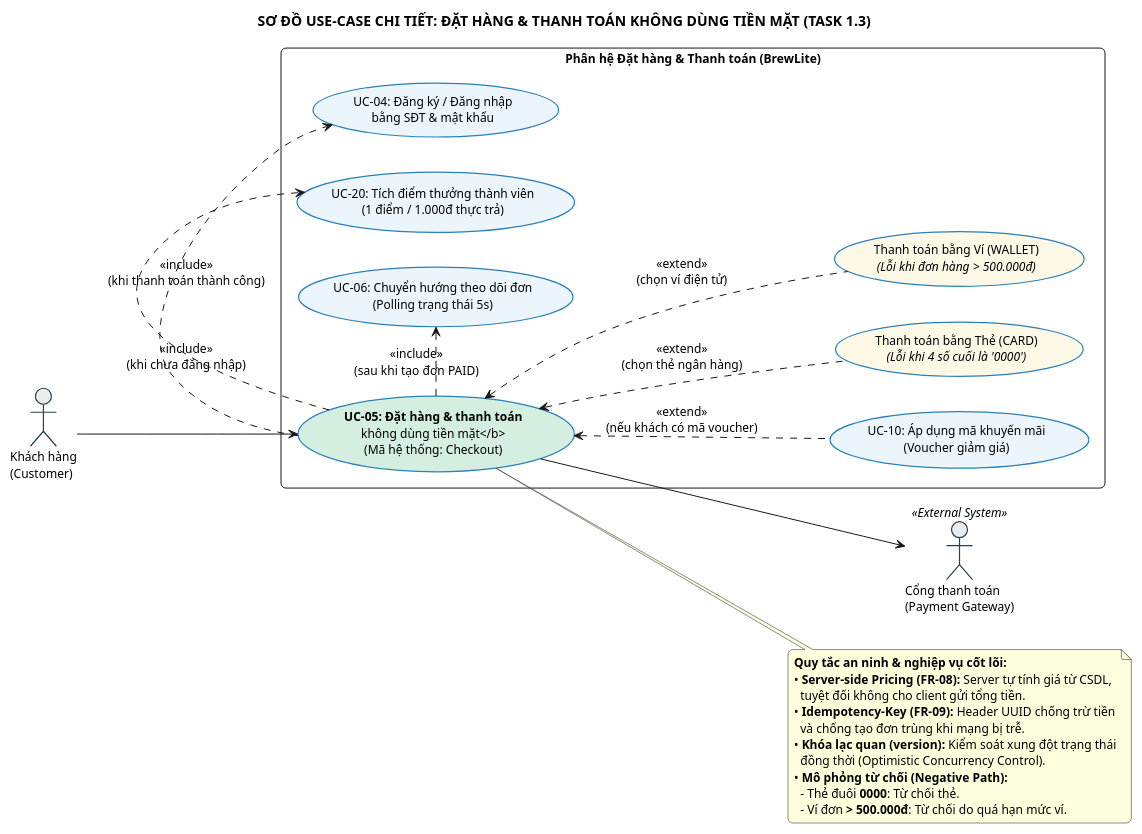
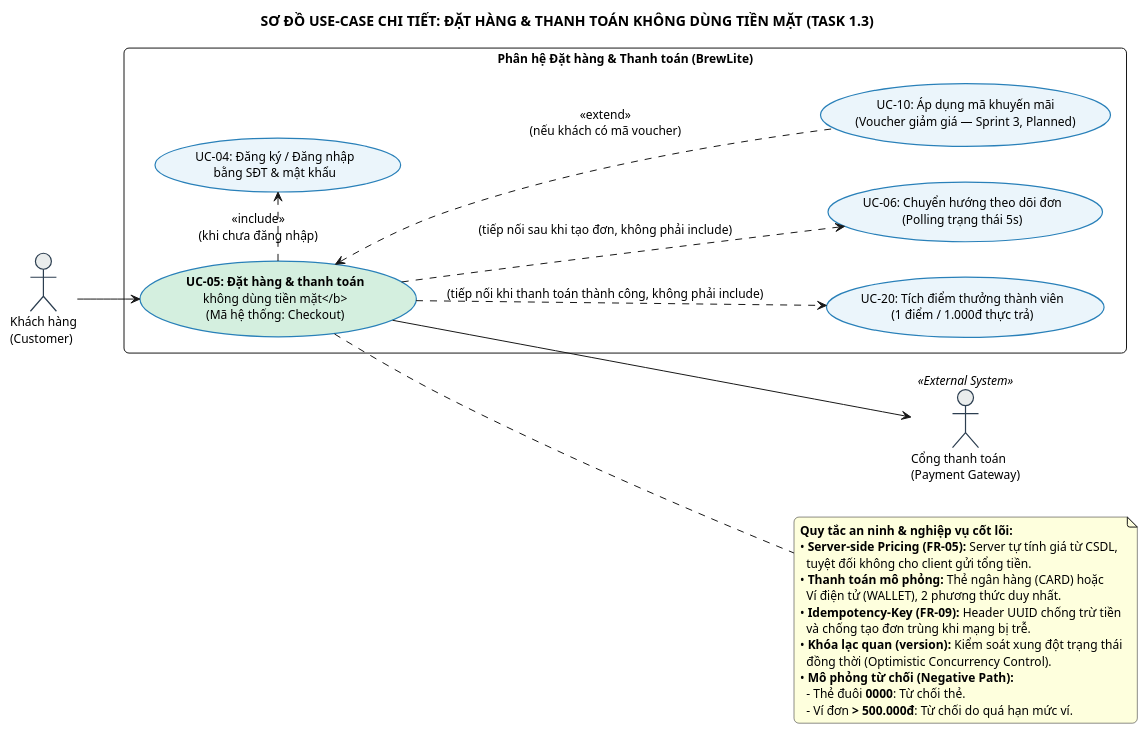
One commit to Longcodepro/Project_SE_Assignment02_HK1_2026_2027 changed the diagram in docs/diagrams/usecase-checkout.puml. Above: the diagram before and after it, drawn with PlantUML. The commit also changed 1 other file, not shown here.

Commit message:
fix(task-1.3): sửa usecase-checkout.puml khớp canonical 21 UC
FR-08 bị gán nhầm cho Server-side Pricing, đúng ra là FR-05 (FR-08
thật là máy trạng thái đơn/khóa lạc quan). Bỏ 2 use-case bịa đặt
PayCard/PayWallet không có trong danh mục 21 UC chuẩn (nội dung đã
có sẵn trong ghi chú nghiệp vụ). Bỏ 2 quan hệ <<include>> sai
(UC05->UC20, UC05->UC06): canonical chỉ định nghĩa UC-05 include
UC-04 và extend UC-10, quan hệ với UC-06/UC-20 chỉ là tiếp nối luồng
chứ không phải include. Đánh dấu UC-10 là Sprint 3 Planned.

```diff
--- a/docs/diagrams/usecase-checkout.puml
+++ b/docs/diagrams/usecase-checkout.puml
@@ -1,80 +1,76 @@
 @startuml
 ' ==============================================================================
 ' Diagram: Sơ đồ Use Case phạm vi trọng tâm — Đặt hàng & Thanh toán (Task 1.3)
 ' Code: UseCase-Checkout | Phục vụ Issue #38 (D1.3)
 ' References: UC-05, UC-04, UC-10, UC-06, UC-20 | FR-04..06, FR-08..10
 ' ==============================================================================
 
 title SƠ ĐỒ USE-CASE CHI TIẾT: ĐẶT HÀNG & THANH TOÁN KHÔNG DÙNG TIỀN MẶT (TASK 1.3)
 
 left to right direction
 skinparam shadowing false
 skinparam roundcorner 10
 skinparam defaultFontName Arial
 skinparam defaultFontSize 12
 
 ' --- Tùy chỉnh màu sắc Use Case và Actor ---
 skinparam usecase {
   BackgroundColor #EBF5FB
   BorderColor #2980B9
   BorderThickness 1.2
 }
 
 skinparam actor {
   BackgroundColor #EAEDED
   BorderColor #2C3E50
   BorderThickness 1.2
 }
 
 ' --- 1. ĐỊNH NGHĨA CÁC ACTOR ---
 actor "Khách hàng\n(Customer)" as Customer
 actor "Cổng thanh toán\n(Payment Gateway)" as PaymentGateway <<External System>>
 
 ' --- 2. PHÂN HỆ NGHIỆP VỤ CHECKOUT ---
 rectangle "Phân hệ Đặt hàng & Thanh toán (BrewLite)" {
 
   ' Use-case trung tâm trọng điểm
   usecase "<b>UC-05: Đặt hàng & thanh toán\nkhông dùng tiền mặt</b>\n(Mã hệ thống: Checkout)" as UC05 #D4EFDF
 
   ' Các Use-case bắt buộc đi kèm (Include)
   usecase "UC-04: Đăng ký / Đăng nhập\nbằng SĐT & mật khẩu" as UC04
   usecase "UC-20: Tích điểm thưởng thành viên\n(1 điểm / 1.000đ thực trả)" as UC20
   usecase "UC-06: Chuyển hướng theo dõi đơn\n(Polling trạng thái 5s)" as UC06
 
-  ' Use-case mở rộng tùy chọn (Extend)
-  usecase "UC-10: Áp dụng mã khuyến mãi\n(Voucher giảm giá)" as UC10
-
-  ' Các phương thức thanh toán cụ thể
-  usecase "Thanh toán bằng Thẻ (CARD)\n<i>(Lỗi khi 4 số cuối là '0000')</i>" as PayCard #FEF9E7
-  usecase "Thanh toán bằng Ví (WALLET)\n<i>(Lỗi khi đơn hàng > 500.000đ)</i>" as PayWallet #FEF9E7
+  ' Use-case mở rộng tùy chọn (Extend, Sprint 3 Planned)
+  usecase "UC-10: Áp dụng mã khuyến mãi\n(Voucher giảm giá — Sprint 3, Planned)" as UC10
 }
 
 ' --- 3. MỐI LIÊN KẾT ACTOR VỚI USE-CASE CHÍNH ---
 Customer --> UC05
 UC05 --> PaymentGateway
+UC05 ..> UC06 : (tiếp nối sau khi tạo đơn, không phải include)
+UC05 ..> UC20 : (tiếp nối khi thanh toán thành công, không phải include)
 
 ' --- 4. MỐI QUAN HỆ <<include>> (BẮT BUỘC) ---
 UC05 .> UC04 : <<include>>\n(khi chưa đăng nhập)
-UC05 .> UC20 : <<include>>\n(khi thanh toán thành công)
-UC05 .> UC06 : <<include>>\n(sau khi tạo đơn PAID)
 
 ' --- 5. MỐI QUAN HỆ <<extend>> (TÙY CHỌN MỞ RỘNG) ---
 UC05 <.. UC10 : <<extend>>\n(nếu khách có mã voucher)
-UC05 <.. PayCard : <<extend>>\n(chọn thẻ ngân hàng)
-UC05 <.. PayWallet : <<extend>>\n(chọn ví điện tử)
 
 ' --- 6. GHI CHÚ QUY TẮC AN NINH & NGHIỆP VỤ ---
 note right of UC05
   <b>Quy tắc an ninh & nghiệp vụ cốt lõi:</b>
-  • <b>Server-side Pricing (FR-08):</b> Server tự tính giá từ CSDL,
+  • <b>Server-side Pricing (FR-05):</b> Server tự tính giá từ CSDL,
     tuyệt đối không cho client gửi tổng tiền.
+  • <b>Thanh toán mô phỏng:</b> Thẻ ngân hàng (CARD) hoặc
+    Ví điện tử (WALLET), 2 phương thức duy nhất.
   • <b>Idempotency-Key (FR-09):</b> Header UUID chống trừ tiền
     và chống tạo đơn trùng khi mạng bị trễ.
   • <b>Khóa lạc quan (version):</b> Kiểm soát xung đột trạng thái
     đồng thời (Optimistic Concurrency Control).
   • <b>Mô phỏng từ chối (Negative Path):</b>
     - Thẻ đuôi <b>0000</b>: Từ chối thẻ.
     - Ví đơn <b>> 500.000đ</b>: Từ chối do quá hạn mức ví.
 end note
 
 @enduml
```
